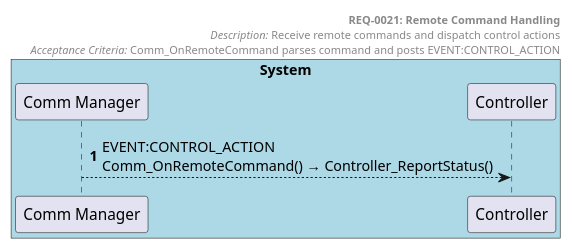
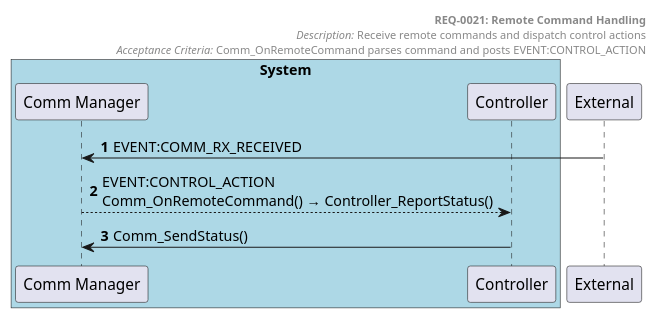
Before and after one commit to tvanfossen/doxygen-guard-example: the diagram in docs/generated/sequences/REQ-0021.puml, drawn with PlantUML. The commit also changed 18 other files, not shown here.

First line of the commit message:
Add provisioning example, regenerate all diagrams with AST pipeline

```diff
--- a/docs/generated/sequences/REQ-0021.puml
+++ b/docs/generated/sequences/REQ-0021.puml
@@ -1,18 +1,20 @@
 @startuml REQ-0021 Remote Command Handling
 autonumber
 
 box "System" #LightBlue
   participant "Comm Manager" as Comm_Manager
   participant "Controller" as Controller
 end box
 
 header
   **REQ-0021: Remote Command Handling**
   //Description:// Receive remote commands and dispatch control actions
   //Acceptance Criteria:// Comm_OnRemoteCommand parses command and posts EVENT:CONTROL_ACTION
 end header
 
 
+External -> Comm_Manager: EVENT:COMM_RX_RECEIVED
 Comm_Manager --> Controller: EVENT:CONTROL_ACTION\nComm_OnRemoteCommand() → Controller_ReportStatus()
+Controller -> Comm_Manager: Comm_SendStatus()
 
 @enduml
```
